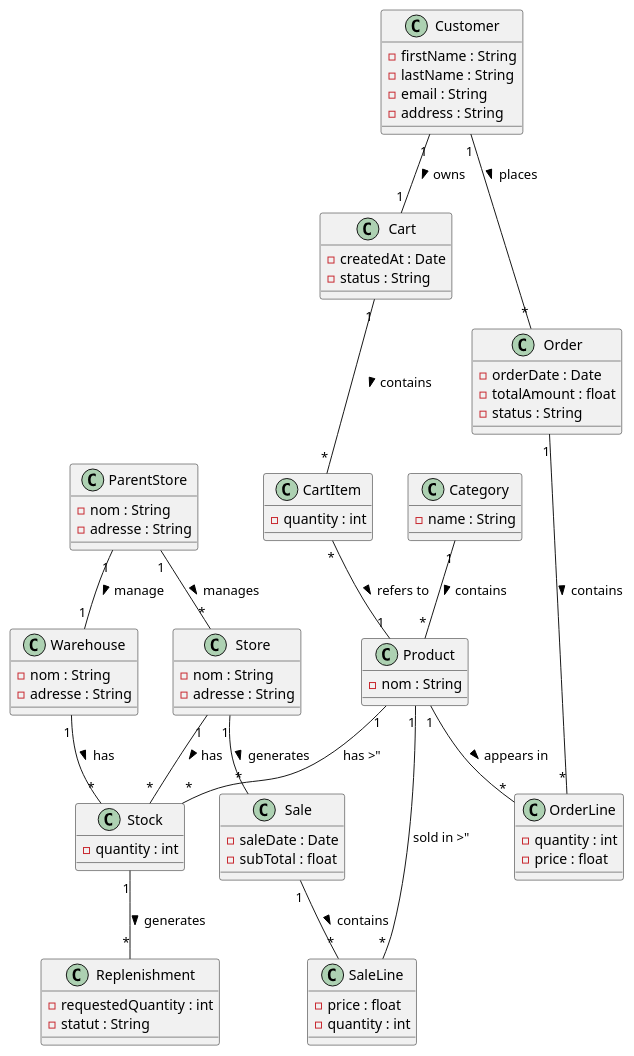
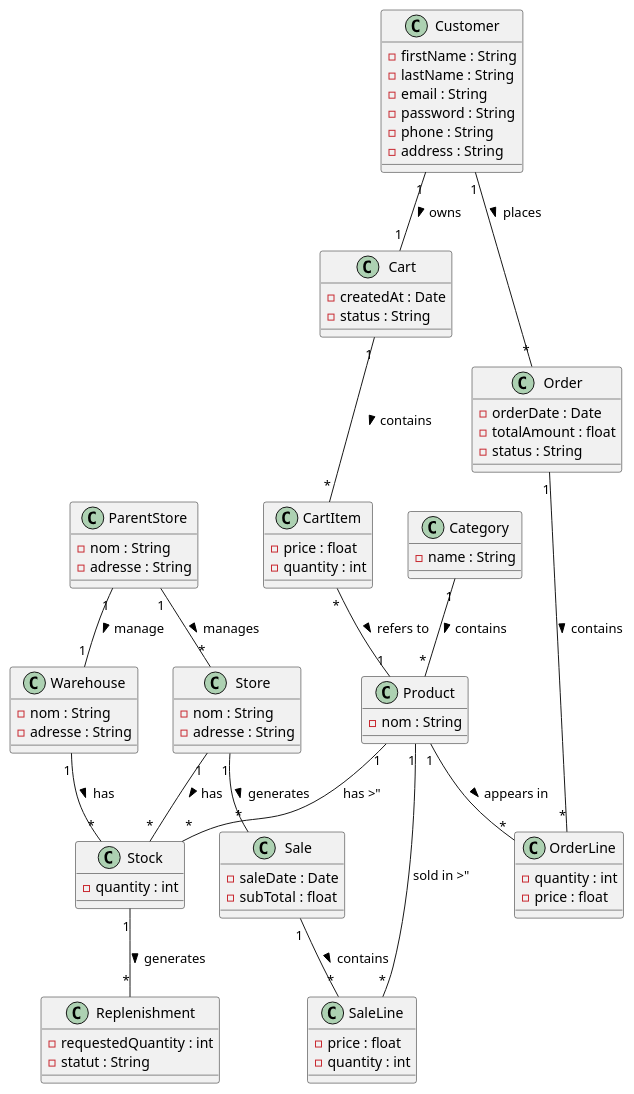
Before and after one commit to Jonathan-Lorfils/LOG430-Lab: the diagram in docs/UML/VueLogique.puml, drawn with PlantUML. The commit also changed 35 other files, not shown here.

```diff
--- a/docs/UML/VueLogique.puml
+++ b/docs/UML/VueLogique.puml
@@ -1,92 +1,95 @@
 @startuml VueLogique
 
 class ParentStore {
   - nom : String
   - adresse : String
 }
 
 class Warehouse {
   - nom : String
   - adresse : String
 }
 
 class Store {
   - nom : String
   - adresse : String
 }
 
 class Product {
   - nom : String
 }
 
 class Category {
   - name : String
 }
 
 class Stock {
   - quantity : int
 }
 
 class Sale {
   - saleDate : Date
   - subTotal : float
 }
 
 class SaleLine {
   - price : float
   - quantity : int
 }
 
 class Replenishment {
   - requestedQuantity : int
   - statut : String
 }
 
 class Customer {
   - firstName : String
   - lastName : String
   - email : String
+  - password : String
+  - phone : String
   - address : String
 }
 
 class Cart {
   - createdAt : Date
   - status : String
 }
 
 class CartItem {
+  - price : float
   - quantity : int
 }
 
 class Order {
   - orderDate : Date
   - totalAmount : float
   - status : String
 }
 
 class OrderLine {
   - quantity : int
   - price : float
 }
 
 ' Relations existantes
 Category "1" -- "*" Product : contains >
 ParentStore "1" -- "1" Warehouse : manage >
 ParentStore "1" -- "*" Store : manages >
 Store "1" -- "*" Stock : has >
 Store "1" -- "*" Sale : generates >
 Warehouse "1" -- "*" Stock : has >
 Product "1" -- "*" Stock : has >"
 Product "1" -- "*" SaleLine : sold in >"
 Stock "1" -- "*" Replenishment : generates >
 Sale "1" -- "*" SaleLine : contains >
 
 ' Relations e-commerce
 Customer "1" -- "1" Cart : owns >
 Cart "1" -- "*" CartItem : contains >
 CartItem "*" -- "1" Product : refers to >
 Customer "1" -- "*" Order : places >
 Order "1" -- "*" OrderLine : contains >
 Product "1" -- "*" OrderLine : appears in >
 
 @enduml
```
